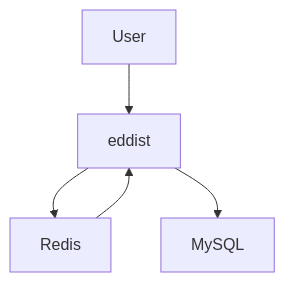
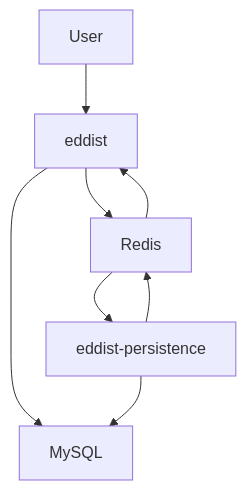
One commit to edginer/eddist changed the diagram in README.md. Above: the diagram before and after it, drawn with Mermaid. The commit also changed other lines of this file and 6 other files, not shown here.

````diff
--- a/README.md
+++ b/README.md
@@ -10,12 +10,16 @@
 ```mermaid
 flowchart
   U[User]
   R[Redis]
   DB[MySQL]
   E[eddist]
+  P[eddist-persistence]
 
   U --> E
   E --> R
   R --> E
   E --> DB
+  R --> P
+  P --> R
+  P --> DB
 ```
````
